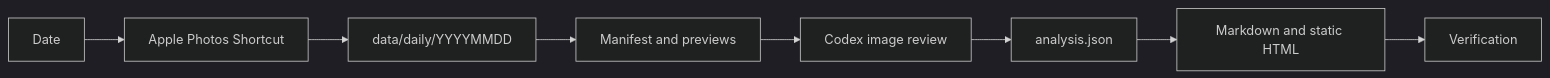
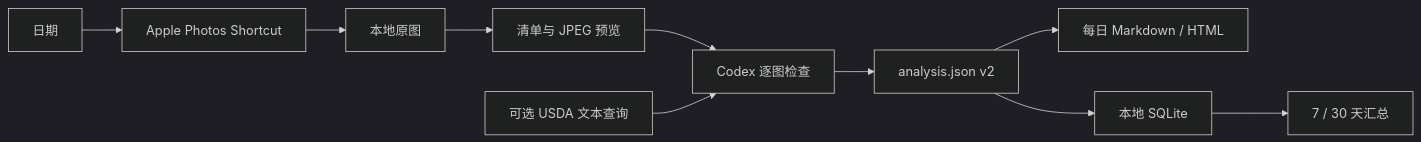
Before and after one commit to imathwy/health: the diagram in README.md, drawn with Mermaid (dark theme). The commit also changed other lines of this file and 23 other files, not shown here.

````diff
--- a/README.md
+++ b/README.md
@@ -5,10 +5,12 @@
 ```mermaid
 flowchart LR
-    A[Date] --> B[Apple Photos Shortcut]
-    B --> C[data/daily/YYYYMMDD]
-    C --> D[Manifest and previews]
-    D --> E[Codex image review]
-    E --> F[analysis.json]
-    F --> G[Markdown and static HTML]
-    G --> H[Verification]
+    A[日期] --> B[Apple Photos Shortcut]
+    B --> C[本地原图]
+    C --> D[清单与 JPEG 预览]
+    D --> E[Codex 逐图检查]
+    U[可选 USDA 文本查询] --> E
+    E --> F[analysis.json v2]
+    F --> G[每日 Markdown / HTML]
+    F --> H[本地 SQLite]
+    H --> I[7 / 30 天汇总]
 ```
````
